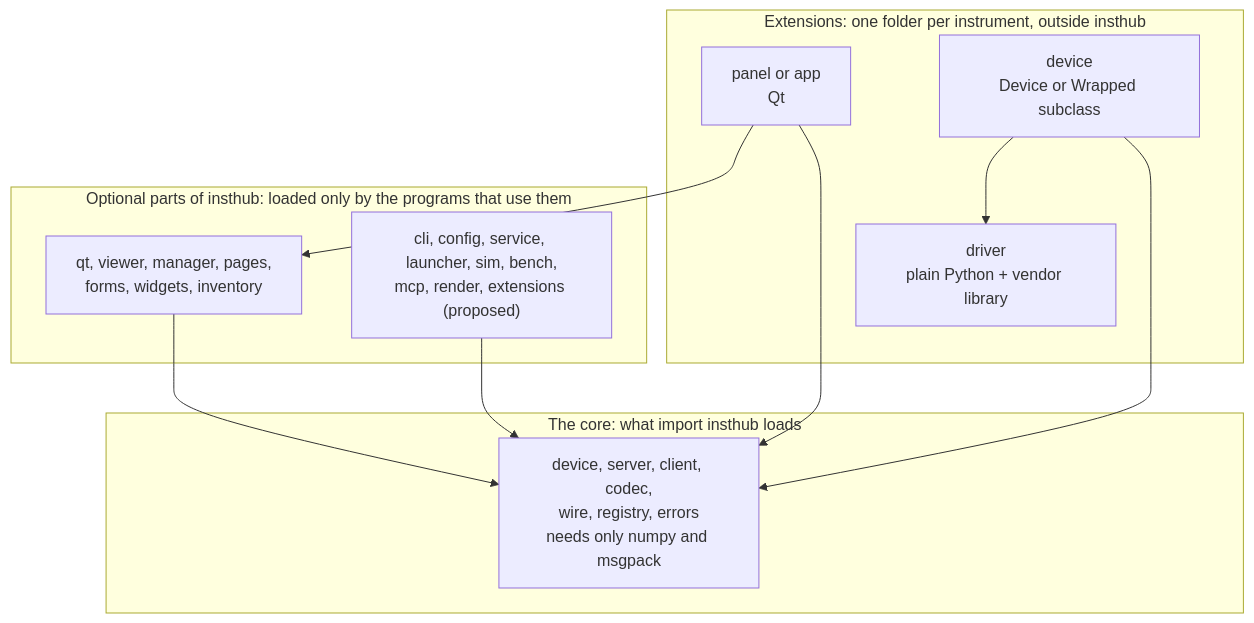
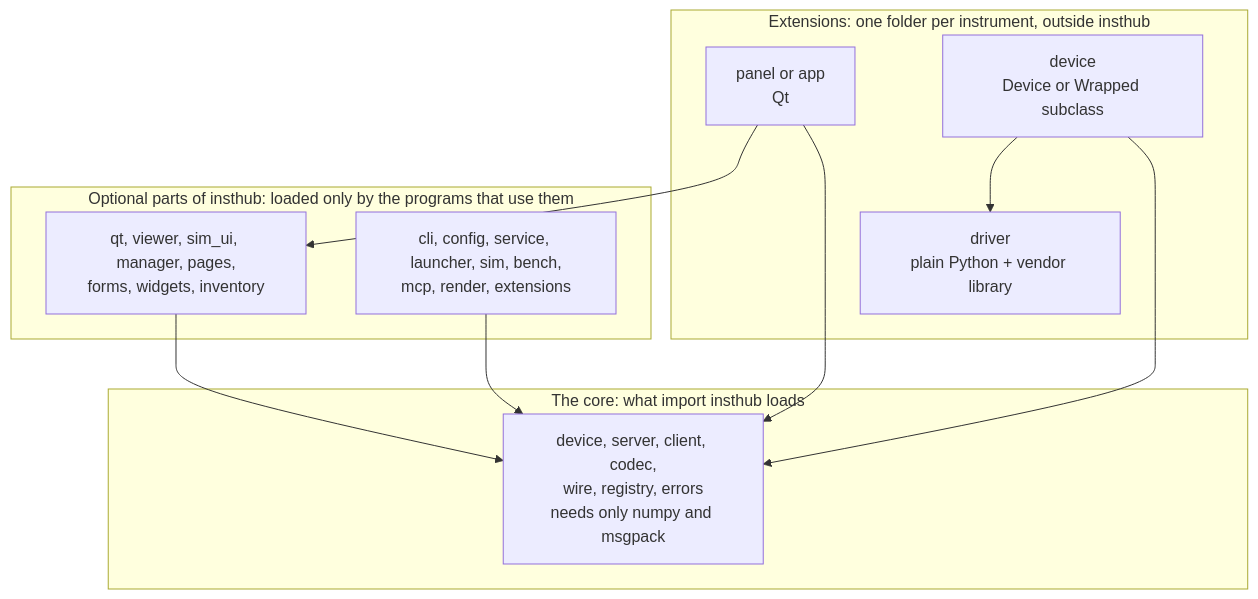
The first of 2 diagrams in docs/design.md (tim4431/insthub), drawn with Mermaid before and after one commit. The commit also changed other lines of this file and 35 other files, not shown here.

````diff
--- a/docs/design.md
+++ b/docs/design.md
@@ -65,21 +65,21 @@
 ```mermaid
 flowchart TB
     subgraph ext["Extensions: one folder per instrument, outside insthub"]
         ui["panel or app<br/>Qt"]
         dev["device<br/>Device or Wrapped subclass"]
         drv["driver<br/>plain Python + vendor library"]
     end
     subgraph opt["Optional parts of insthub: loaded only by the programs that use them"]
-        gui["qt, viewer, manager, pages,<br/>forms, widgets, inventory"]
-        rest["cli, config, service, launcher, sim, bench,<br/>mcp, render, extensions (proposed)"]
+        gui["qt, viewer, sim_ui, manager, pages,<br/>forms, widgets, inventory"]
+        rest["cli, config, service, launcher, sim, bench,<br/>mcp, render, extensions"]
     end
     subgraph core["The core: what import insthub loads"]
         c["device, server, client, codec,<br/>wire, registry, errors<br/>needs only numpy and msgpack"]
     end
     ui --> gui
     ui --> c
     dev --> drv
     dev --> c
     gui --> c
     rest --> c
 ```
````
